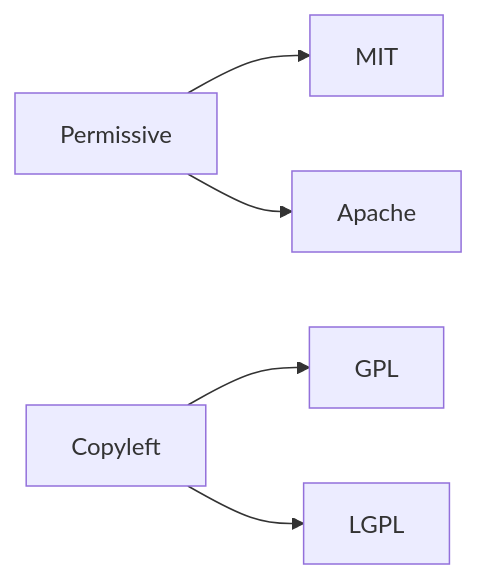
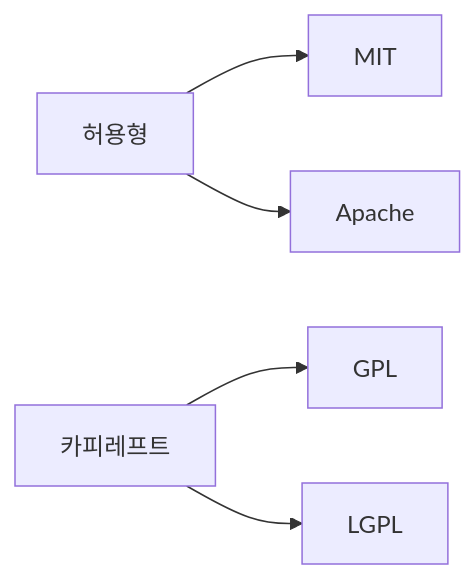
The diagram in content/open-source-101/ko/02-understanding-licenses.md (yeongseon-books/book-content), drawn with Mermaid before and after one commit. The commit also changed other lines of this file and 9 other files, not shown here.

````diff
--- a/content/open-source-101/ko/02-understanding-licenses.md
+++ b/content/open-source-101/ko/02-understanding-licenses.md
@@ -33,7 +47,7 @@
 ```mermaid
 flowchart LR
-    P[Permissive] --> M[MIT]
+    P[허용형] --> M[MIT]
     P --> A[Apache]
-    C[Copyleft] --> G[GPL]
+    C[카피레프트] --> G[GPL]
     C --> L[LGPL]
 ```
````
